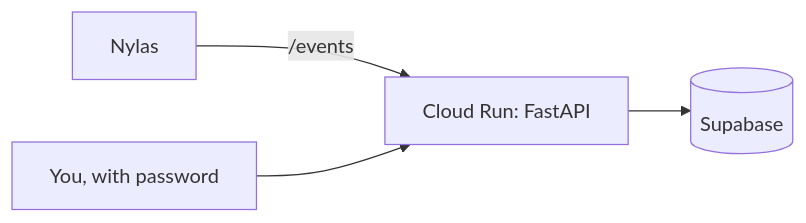
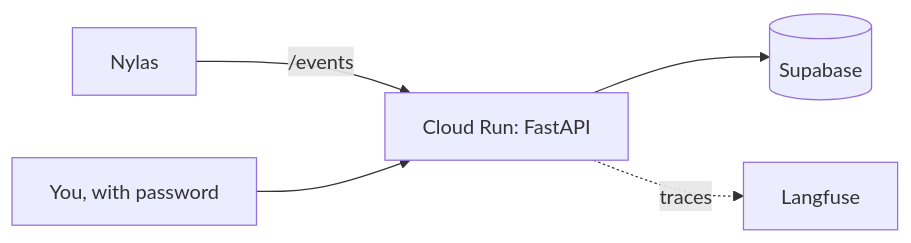
One commit to lindseypeng/ai-personal-assistant changed the diagram in README.md. Above: the diagram before and after it, drawn with Mermaid. The commit also changed other lines of this file and 9 other files, not shown here.

````diff
--- a/README.md
+++ b/README.md
@@ -20,6 +22,7 @@
 ```mermaid
 flowchart LR
     N[Nylas] -->|/events| R[Cloud Run: FastAPI]
     U[You, with password] --> R
     R --> S[(Supabase)]
+    R -.->|traces| L[Langfuse]
 ```
````
